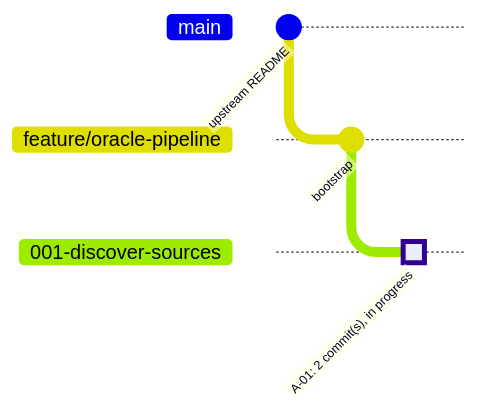
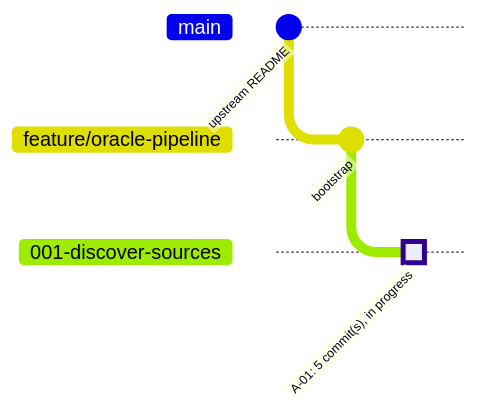
The second of 2 diagrams in docs/progress.md (HebaGaber/oracle-property-intelligence-platform-pipeline-travis-tx), drawn with Mermaid before and after one commit. The commit also changed other lines of this file and 4 other files, not shown here.

````diff
--- a/docs/progress.md
+++ b/docs/progress.md
@@ -19,10 +19,10 @@
 ```mermaid
 %%{init: { 'gitGraph': { 'mainBranchName': 'main', 'showCommitLabel': true } } }%%
 gitGraph
   commit id: "upstream README"
   branch "feature/oracle-pipeline"
   commit id: "bootstrap"
   branch "001-discover-sources"
-  commit id: "A-01: 2 commit(s), in progress" type: HIGHLIGHT
+  commit id: "A-01: 5 commit(s), in progress" type: HIGHLIGHT
   checkout "feature/oracle-pipeline"
 ```
````
